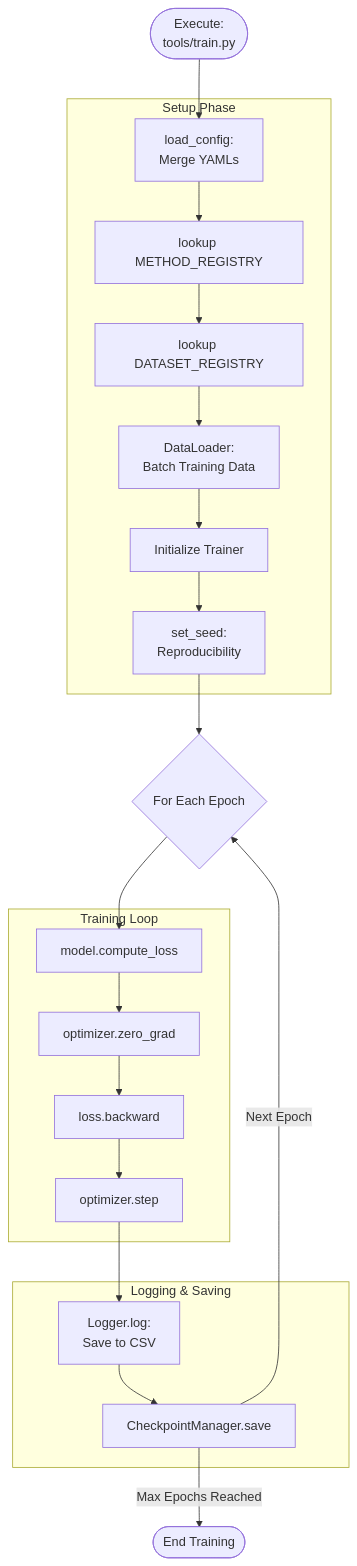
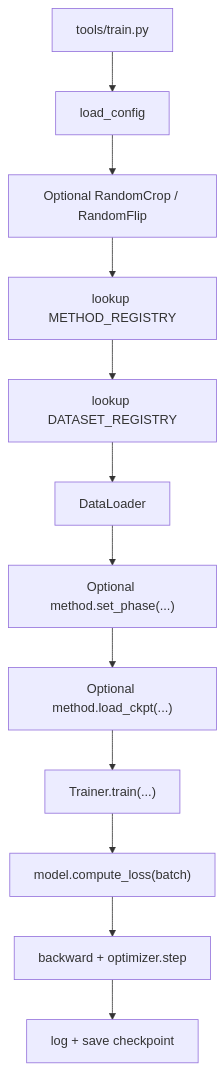
One commit to fury471/llie_bench changed the first of 3 diagrams in README.md. Above: the diagram before and after it, drawn with Mermaid. The commit also changed other lines of this file and 17 other files, not shown here.

````diff
--- a/README.md
+++ b/README.md
@@ -71,34 +131,14 @@
 ```mermaid
 flowchart TD
-    Start([Execute: 
-    tools/train.py]) --> Cfg
-    
-    subgraph Setup Phase
-        Cfg[load_config: 
-        Merge YAMLs] --> RM[lookup METHOD_REGISTRY]
-        RM --> RD[lookup DATASET_REGISTRY]
-        RD --> DL[DataLoader: 
-        Batch Training Data]
-        DL --> Tr[Initialize Trainer]
-        Tr --> Seed[set_seed: 
-        Reproducibility]
-    end
-
-    Seed --> EpochLoop{For Each Epoch}
-
-    subgraph Training Loop
-        Loss[model.compute_loss] --> ZG[optimizer.zero_grad]
-        ZG --> Bwd[loss.backward]
-        Bwd --> Step[optimizer.step]
-    end
-
-    subgraph Logging & Saving
-        Log[Logger.log: 
-        Save to CSV] --> Ckpt[CheckpointManager.save]
-    end
-
-    EpochLoop --> Loss
-    Step --> Log
-    Ckpt --> |Next Epoch| EpochLoop
-    Ckpt --> |Max Epochs Reached| Finish([End Training])
+    Start["tools/train.py"] --> Cfg["load_config"]
+    Cfg --> BuildTransforms["Optional RandomCrop / RandomFlip"]
+    BuildTransforms --> Method["lookup METHOD_REGISTRY"]
+    Method --> Dataset["lookup DATASET_REGISTRY"]
+    Dataset --> Loader["DataLoader"]
+    Loader --> Phase["Optional method.set_phase(...)"]
+    Phase --> Ckpt["Optional method.load_ckpt(...)"]
+    Ckpt --> Trainer["Trainer.train(...)"]
+    Trainer --> Loss["model.compute_loss(batch)"]
+    Loss --> Backward["backward + optimizer.step"]
+    Backward --> Save["log + save checkpoint"]
 ```
````
